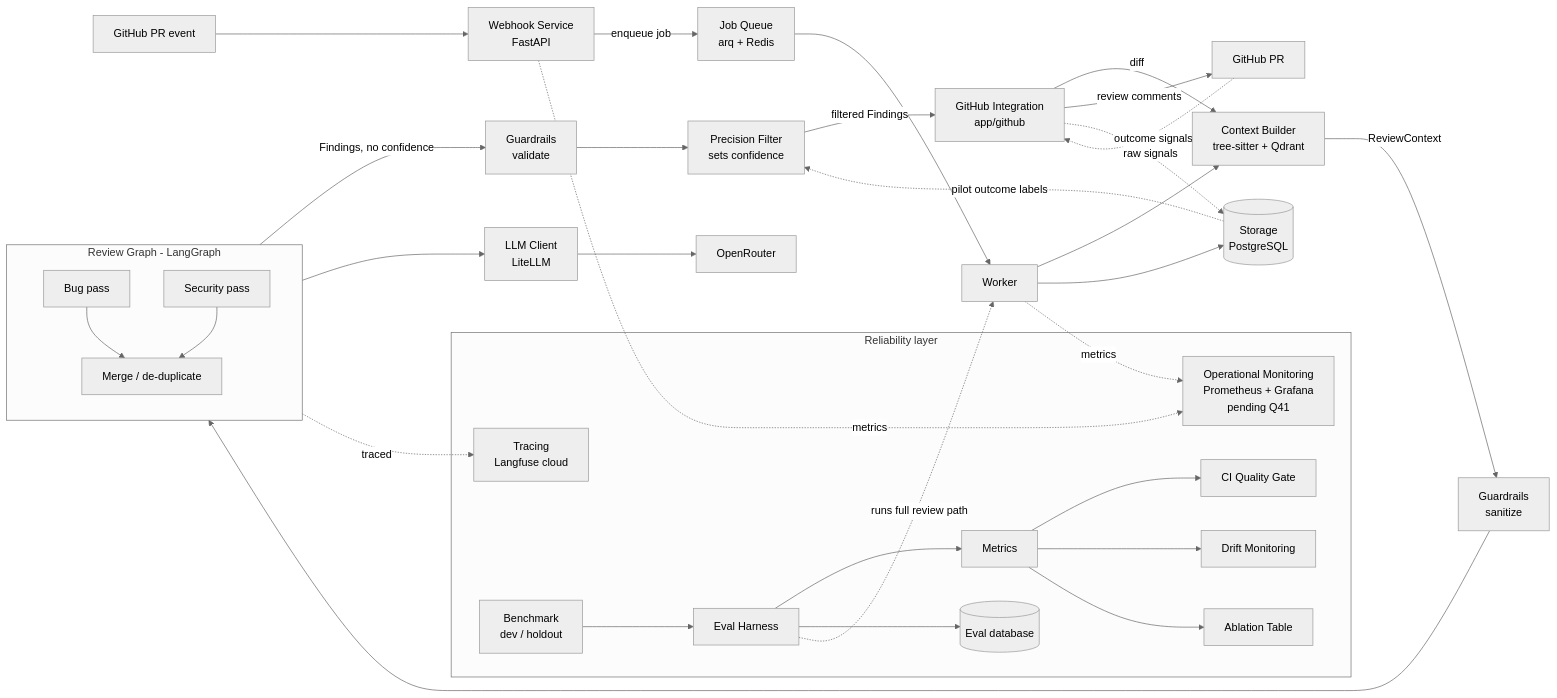
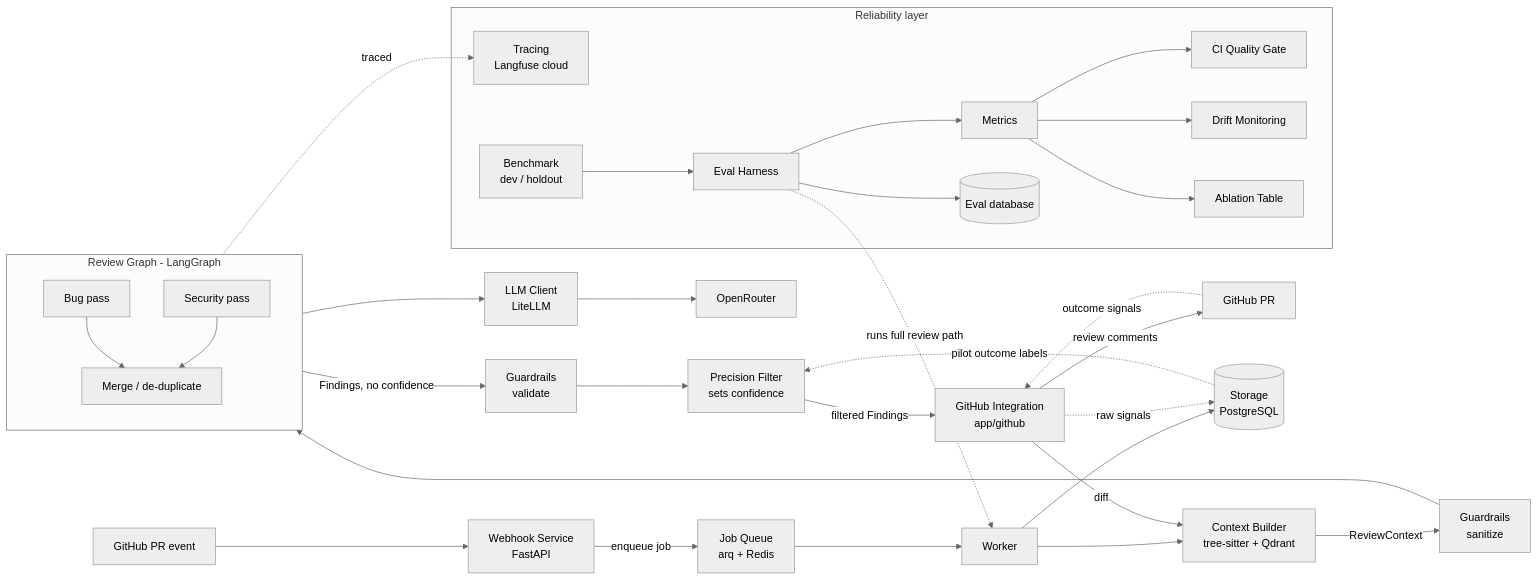
Before and after one commit to Daksha1611/Themis: the diagram in docs/vault/02 Architecture/Architecture Overview.md, drawn with Mermaid (neutral theme). The commit also changed other lines of this file and 16 other files, not shown here.

````diff
--- a/docs/vault/02 Architecture/Architecture Overview.md
+++ b/docs/vault/02 Architecture/Architecture Overview.md
@@ -25,39 +25,36 @@
 ```mermaid
 flowchart LR
     GH[GitHub PR event] --> WH[Webhook Service<br/>FastAPI]
     WH -->|enqueue job| Q[Job Queue<br/>arq + Redis]
     Q --> W[Worker]
     W --> CB[Context Builder<br/>tree-sitter + Qdrant]
     GI[GitHub Integration<br/>app/github] -->|diff| CB
     CB -->|ReviewContext| GS[Guardrails<br/>sanitize]
     GS --> RG
     subgraph RG[Review Graph - LangGraph]
         BP[Bug pass] --> M[Merge / de-duplicate]
         SP[Security pass] --> M
     end
     RG -->|Findings, no confidence| GV[Guardrails<br/>validate]
     GV --> PF[Precision Filter<br/>sets confidence]
     PF -->|filtered Findings| GI
     GI -->|review comments| GH2[GitHub PR]
     RG --> LLM[LLM Client<br/>LiteLLM]
     LLM --> OR[OpenRouter]
     W --> DB[(Storage<br/>PostgreSQL)]
     GH2 -.outcome signals.-> GI
     GI -.raw signals.-> DB
     DB -.pilot outcome labels.-> PF
 
     subgraph REL[Reliability layer]
         T[Tracing<br/>Langfuse cloud]
-        OM[Operational Monitoring<br/>Prometheus + Grafana<br/>pending Q41]
         B[Benchmark<br/>dev / holdout] --> EH[Eval Harness]
         EH --> MET[Metrics]
         MET --> CI[CI Quality Gate]
         MET --> DM[Drift Monitoring]
         MET --> AB[Ablation Table]
         EH --> EDB[(Eval database)]
     end
     RG -.traced.-> T
-    WH -.metrics.-> OM
-    W -.metrics.-> OM
     EH -.runs full review path.-> W
 ```
````
